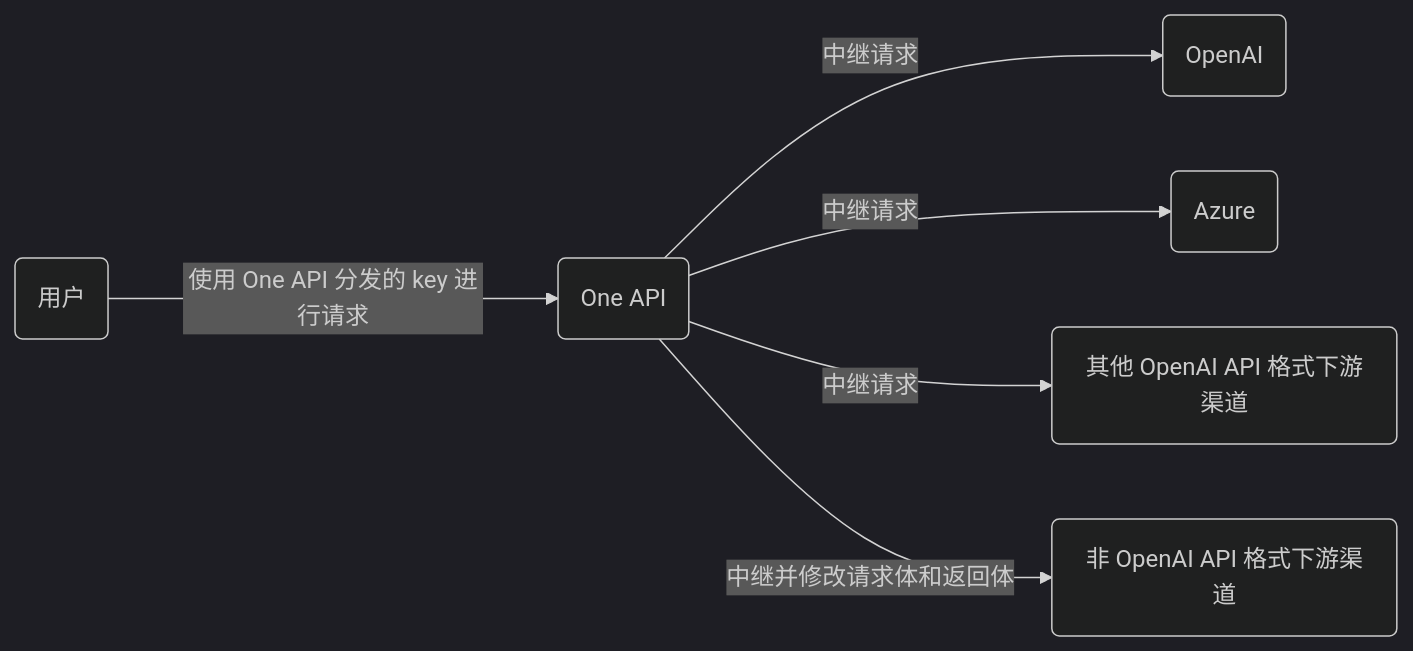
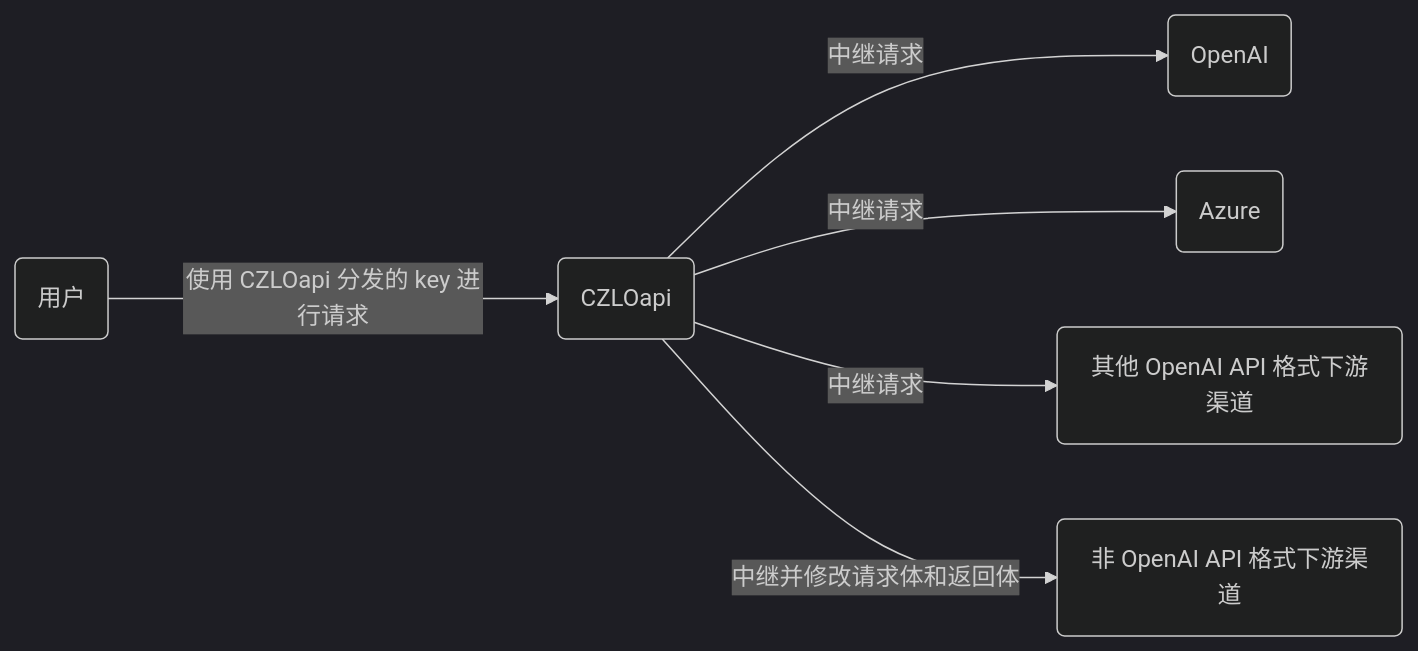
One commit to MartialBE/one-hub changed the diagram in README.md. Above: the diagram before and after it, drawn with Mermaid (dark theme). The commit also changed other lines of this file and 15 other files, not shown here.

````diff
--- a/README.md
+++ b/README.md
@@ -334,9 +334,9 @@
 ```mermaid
 graph LR
     A(用户)
-    A --->|使用 One API 分发的 key 进行请求| B(One API)
+    A --->|使用 CZLOapi 分发的 key 进行请求| B(CZLOapi)
     B -->|中继请求| C(OpenAI)
     B -->|中继请求| D(Azure)
     B -->|中继请求| E(其他 OpenAI API 格式下游渠道)
     B -->|中继并修改请求体和返回体| F(非 OpenAI API 格式下游渠道)
 ```
````
